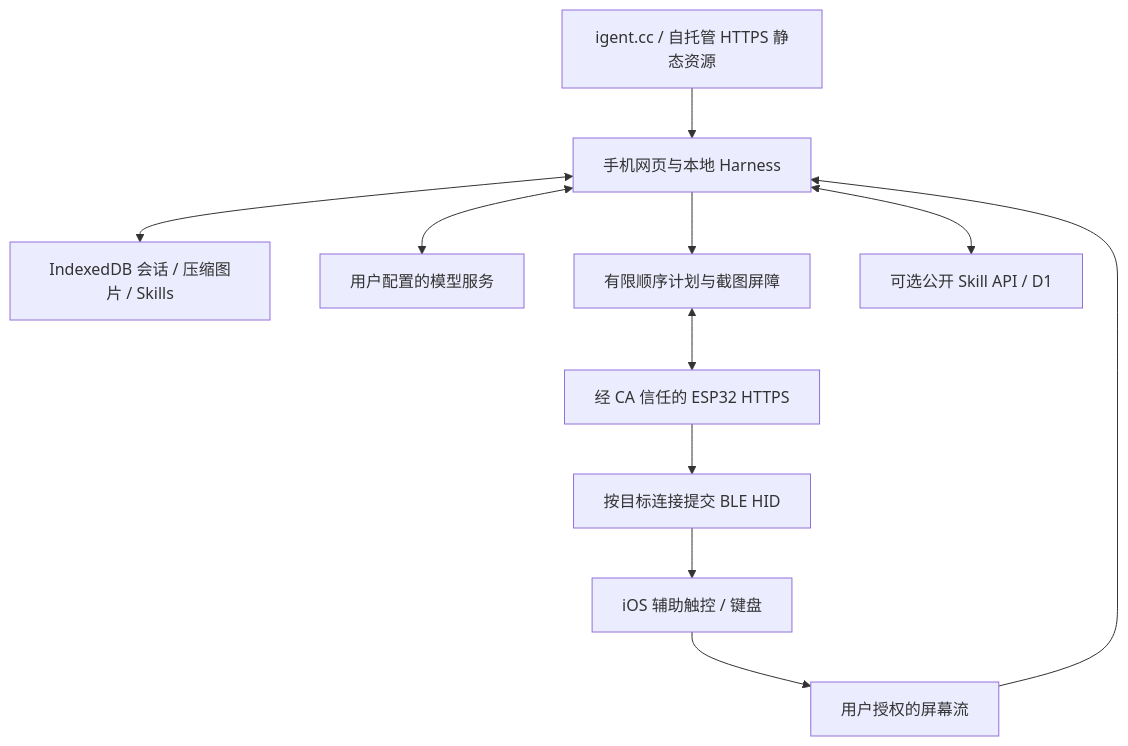
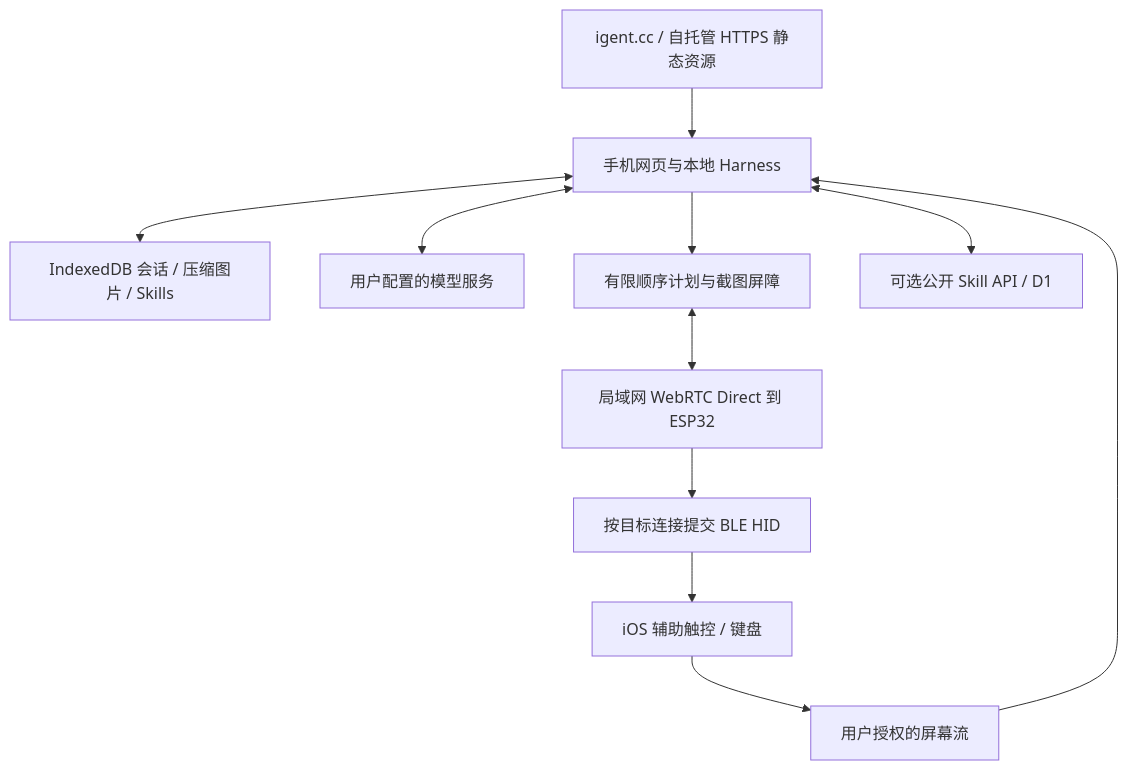
One commit to cccat6/iphone-agent-harness changed the diagram in docs/architecture/overview.md. Above: the diagram before and after it, drawn with Mermaid. The commit also changed other lines of this file and 232 other files, not shown here.

Commit message:
Integrate local WebRTC control and streamed clipboard with paged sessions

````diff
--- a/docs/architecture/overview.md
+++ b/docs/architecture/overview.md
@@ -9,13 +9,13 @@
 ```mermaid
 flowchart TD
   Static[igent.cc / 自托管 HTTPS 静态资源] --> Web[手机网页与本地 Harness]
   Web <--> DB[IndexedDB 会话 / 压缩图片 / Skills]
   Capture[用户授权的屏幕流] --> Web
   Web <--> Model[用户配置的模型服务]
   Web --> Plan[有限顺序计划与截图屏障]
-  Plan <--> LAN[经 CA 信任的 ESP32 HTTPS]
+  Plan <--> LAN[局域网 WebRTC Direct 到 ESP32]
   LAN --> HID[按目标连接提交 BLE HID]
   HID --> Phone[iOS 辅助触控 / 键盘]
   Phone --> Capture
   Web <--> Community[可选公开 Skill API / D1]
 ```
````
